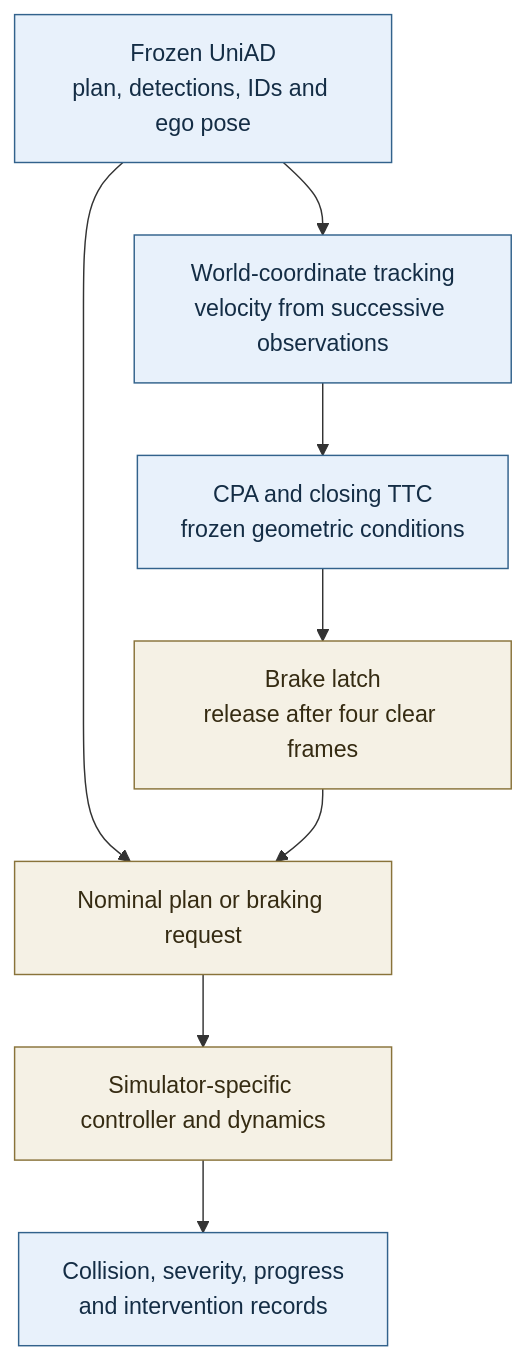
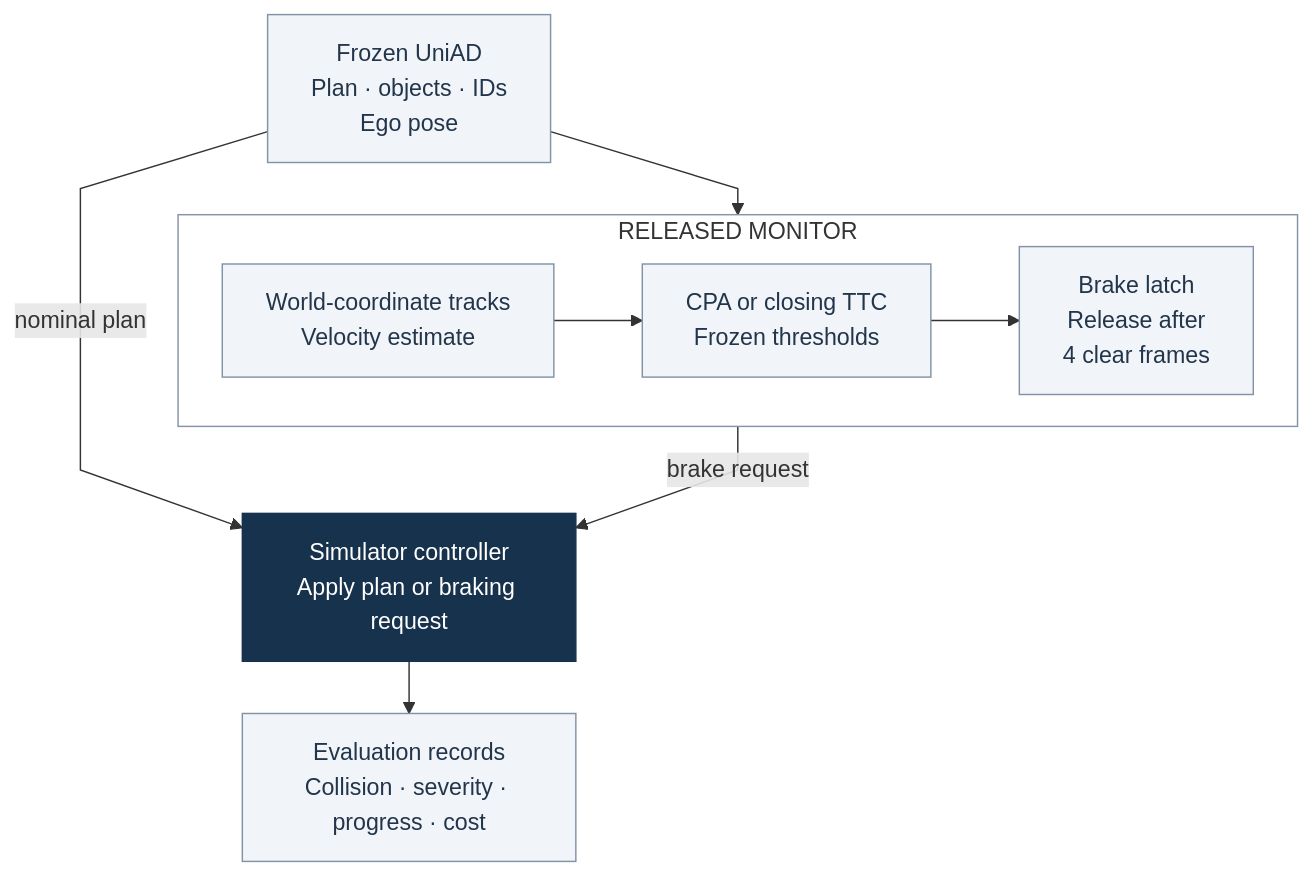
The first of 4 diagrams in README.md (manfromnowhere143/sentinel), drawn with Mermaid before and after one commit. The commit also changed other lines of this file and 55 other files, not shown here.

Commit message:
Close early timing audit and redesign the README engine and progress diagrams

````diff
--- a/README.md
+++ b/README.md
@@ -64,16 +65,26 @@
 ```mermaid
+---
+config:
+  flowchart:
+    curve: linear
+    nodeSpacing: 24
+    wrappingWidth: 170
+    rankSpacing: 36
+---
 flowchart TB
-  accTitle: The released Sentinel monitor
-  accDescr: Planner outputs feed geometric tracking and a brake latch. Simulator outcomes are evaluation records, not monitor inputs.
-  P["Frozen UniAD<br/>plan, detections, IDs and ego pose"] --> T["World-coordinate tracking<br/>velocity from successive observations"]
-  T --> C["CPA and closing TTC<br/>frozen geometric conditions"]
-  C --> L["Brake latch<br/>release after four clear frames"]
-  P --> A["Nominal plan or braking request"]
-  L --> A
-  A --> S["Simulator-specific controller and dynamics"]
-  S --> E["Collision, severity, progress<br/>and intervention records"]
-  classDef data fill:#e8f1fb,stroke:#32628c,color:#142d45;
-  classDef action fill:#f5f1e5,stroke:#89733a,color:#352b12;
-  class P,T,C,E data;
-  class L,A,S action;
+  accTitle: Released monitor — information, decision, execution
+  accDescr: Planner outputs drive the brake latch; outcomes belong to evaluation.
+  P["Frozen UniAD<br/>Plan · objects · IDs<br/>Ego pose"]
+  subgraph M["RELEASED MONITOR"]
+    direction LR
+    T["World-coordinate tracks<br/>Velocity estimate"] --> C["CPA or closing TTC<br/>Frozen thresholds"] --> L["Brake latch<br/>Release after<br/>4 clear frames"]
+  end
+  P --> M
+  P -- "nominal plan" --> A["Simulator controller<br/>Apply plan or braking request"]
+  M -- "brake request" --> A
+  A --> E["Evaluation records<br/>Collision · severity · progress · cost"]
+  classDef default fill:#f1f5f9,stroke:#8293a6,color:#23354a;
+  classDef focus fill:#17324d,stroke:#17324d,color:#fff;
+  class A focus;
+  style M fill:transparent,stroke:#8595a5
 ```
````
